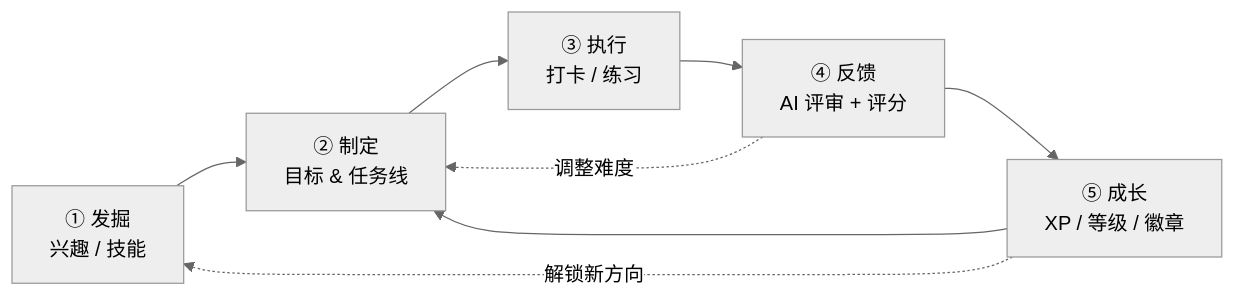
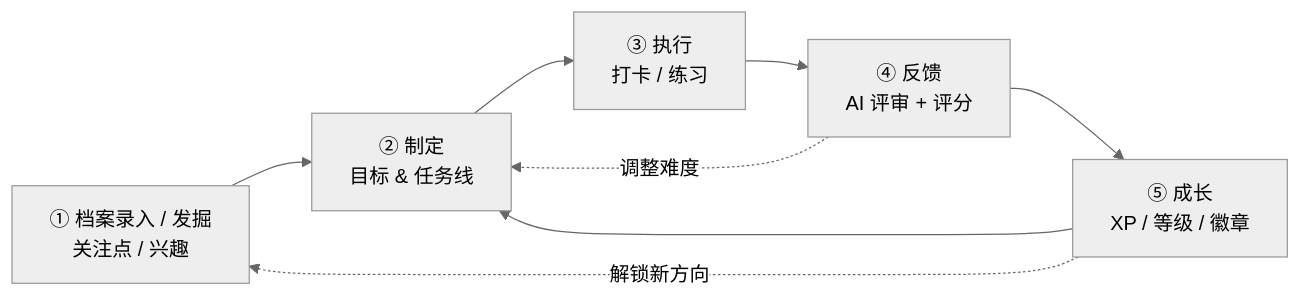
One commit to quickly3/innerup changed the diagram in docs/项目规划/02-核心理念.md. Above: the diagram before and after it, drawn with Mermaid (neutral theme). The commit also changed other lines of this file and 46 other files, not shown here.

````diff
--- a/docs/项目规划/02-核心理念.md
+++ b/docs/项目规划/02-核心理念.md
@@ -7,10 +7,10 @@
 ```mermaid
 flowchart LR
-    A["① 发掘<br/>兴趣 / 技能"] --> B["② 制定<br/>目标 & 任务线"]
+    A["① 档案录入 / 发掘<br/>关注点 / 兴趣"] --> B["② 制定<br/>目标 & 任务线"]
     B --> C["③ 执行<br/>打卡 / 练习"]
     C --> D["④ 反馈<br/>AI 评审 + 评分"]
     D --> E["⑤ 成长<br/>XP / 等级 / 徽章"]
     E --> B
     D -.调整难度.-> B
     E -.解锁新方向.-> A
 ```
````
